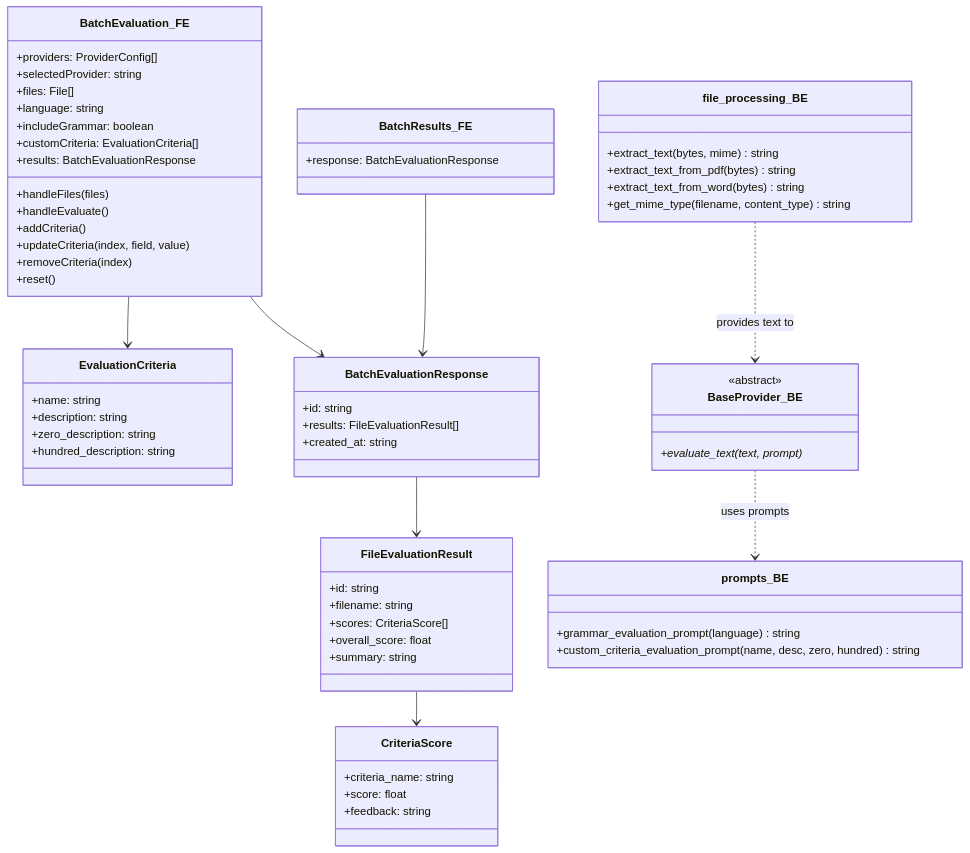
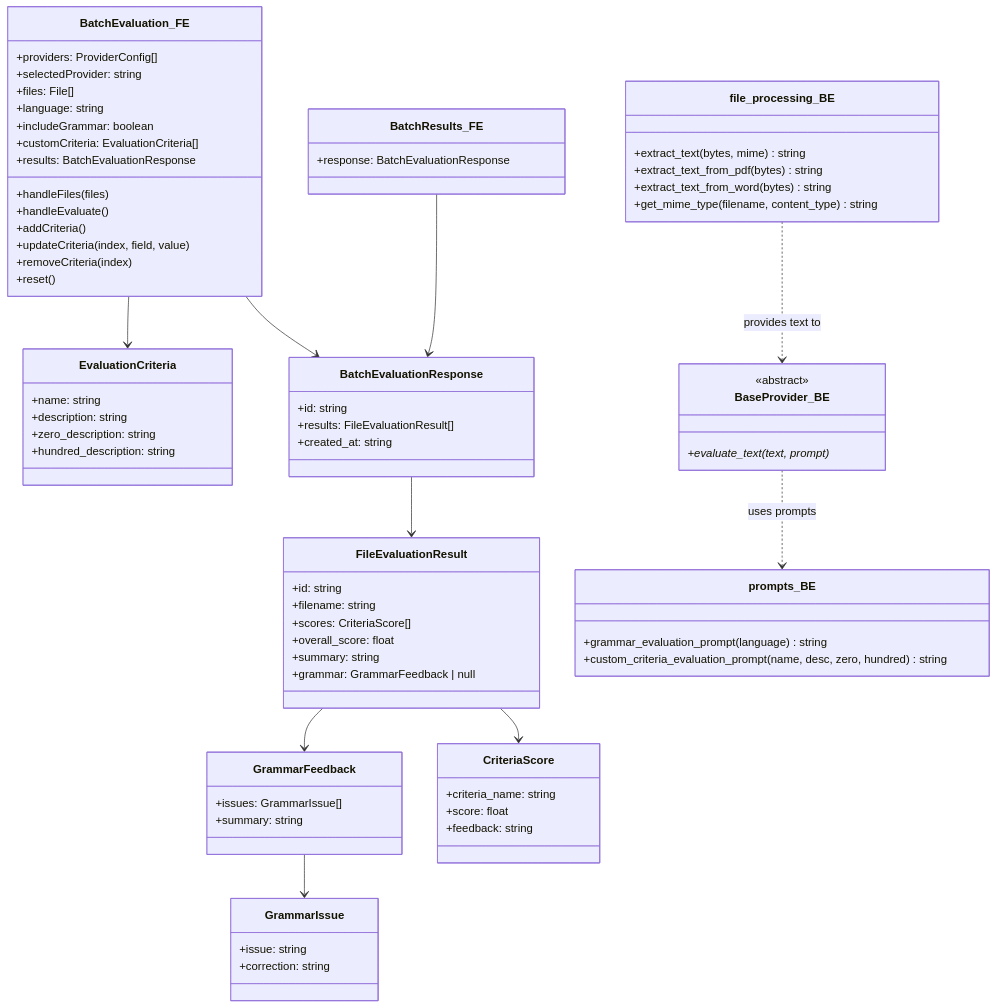
The fifth of 6 diagrams in docs/ARCHITECTURE.md (franciscosuca/exan), drawn with Mermaid before and after one commit. The commit also changed other lines of this file and 15 other files, not shown here.

Commit message:
feat: Enhance grammar evaluation with structured feedback.

```diff
--- a/docs/ARCHITECTURE.md
+++ b/docs/ARCHITECTURE.md
@@ -397,6 +397,17 @@
         +scores: CriteriaScore[]
         +overall_score: float
         +summary: string
+        +grammar: GrammarFeedback | null
+    }
+
+    class GrammarFeedback {
+        +issues: GrammarIssue[]
+        +summary: string
+    }
+
+    class GrammarIssue {
+        +issue: string
+        +correction: string
     }
 
     class CriteriaScore {
@@ -430,6 +441,8 @@
     BatchEvaluation_FE --> BatchEvaluationResponse
     BatchEvaluationResponse --> FileEvaluationResult
     FileEvaluationResult --> CriteriaScore
+    FileEvaluationResult --> GrammarFeedback
+    GrammarFeedback --> GrammarIssue
     BatchResults_FE --> BatchEvaluationResponse
     BaseProvider_BE ..> prompts_BE : uses prompts
     file_processing_BE ..> BaseProvider_BE : provides text to
```
